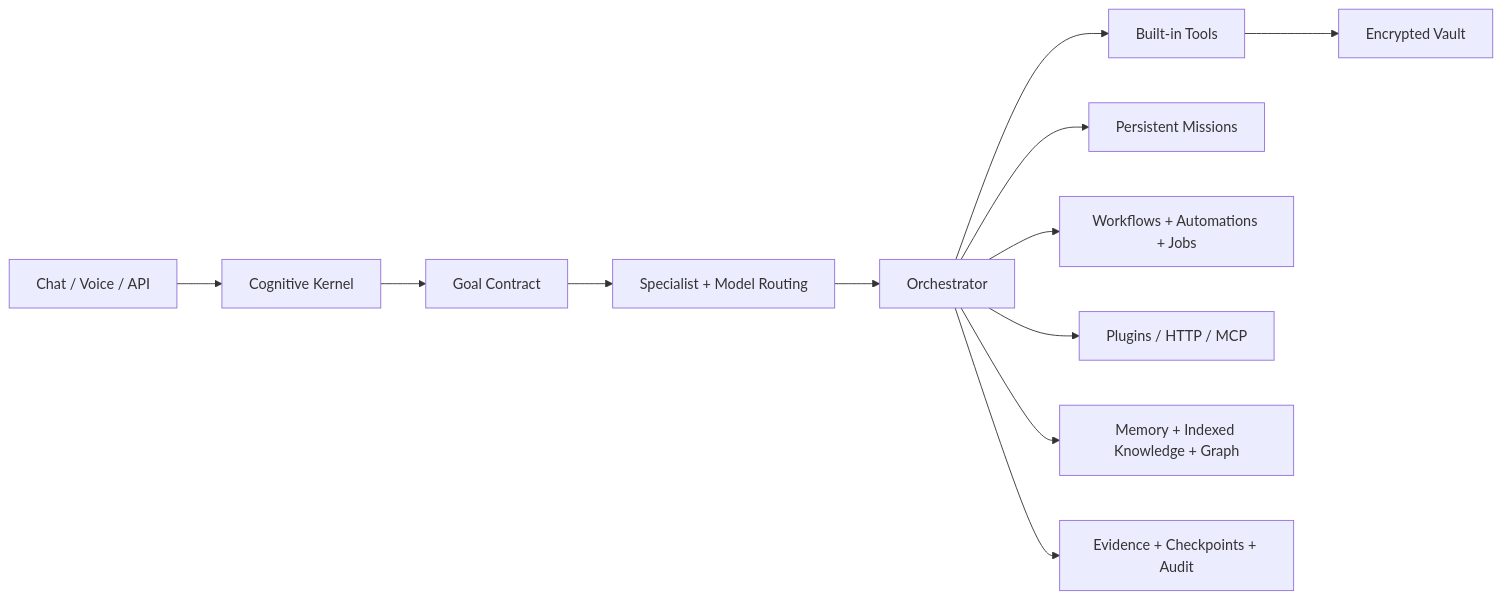
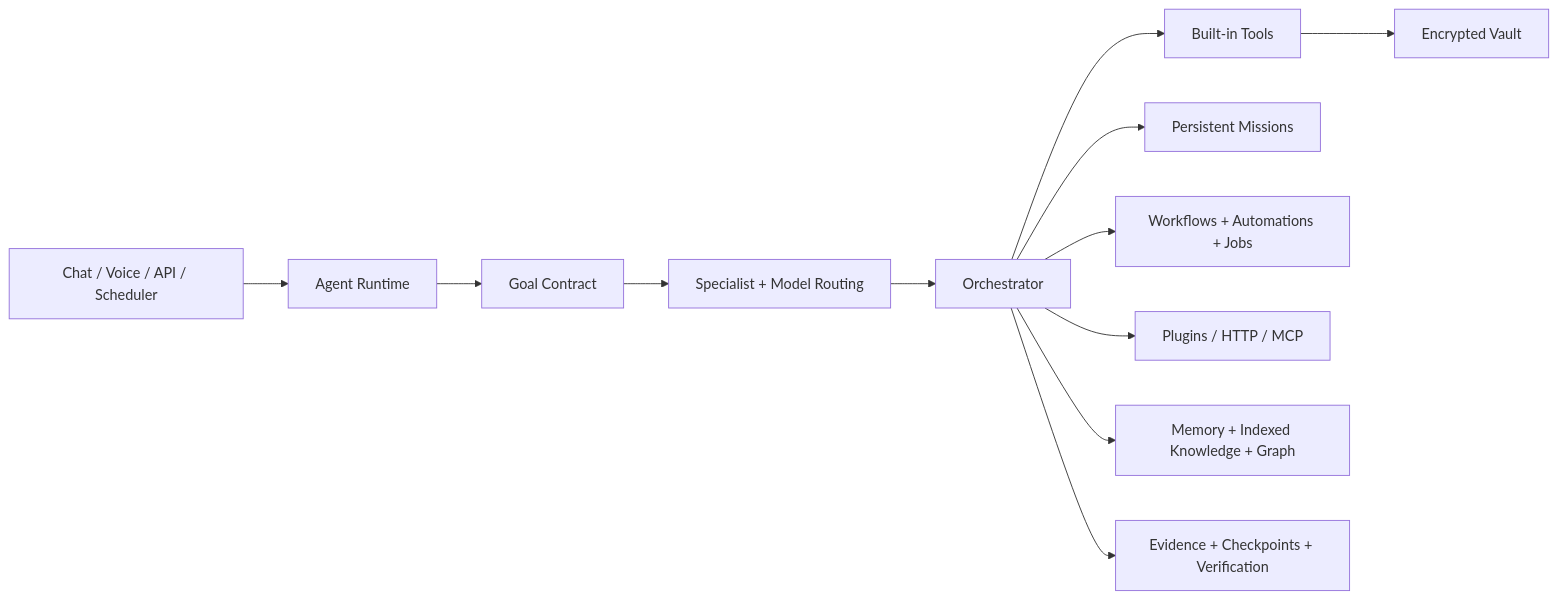
One commit to directordiesel/DPN-AI changed the diagram in README.md. Above: the diagram before and after it, drawn with Mermaid. The commit also changed other lines of this file, not shown here.

````diff
--- a/README.md
+++ b/README.md
@@ -469,14 +217,14 @@
 ```mermaid
 flowchart LR
-  USER[Chat / Voice / API] --> KERNEL[Cognitive Kernel]
-  KERNEL --> CONTRACT[Goal Contract]
+  USER[Chat / Voice / API / Scheduler] --> RUNTIME[Agent Runtime]
+  RUNTIME --> CONTRACT[Goal Contract]
   CONTRACT --> ROUTER[Specialist + Model Routing]
   ROUTER --> ORCH[Orchestrator]
   ORCH --> TOOLS[Built-in Tools]
   ORCH --> MISSIONS[Persistent Missions]
-  ORCH --> WORKFLOWS[Workflows + Automations + Jobs]
+  ORCH --> AUTO[Workflows + Automations + Jobs]
   ORCH --> EXT[Plugins / HTTP / MCP]
   ORCH --> KNOW[Memory + Indexed Knowledge + Graph]
   TOOLS --> VAULT[Encrypted Vault]
-  ORCH --> AUDIT[Evidence + Checkpoints + Audit]
+  ORCH --> VERIFY[Evidence + Checkpoints + Verification]
 ```
````
